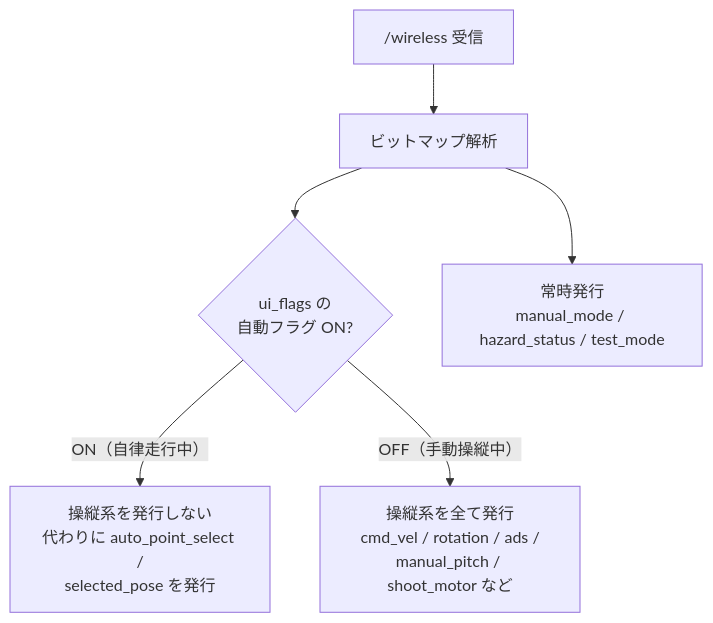
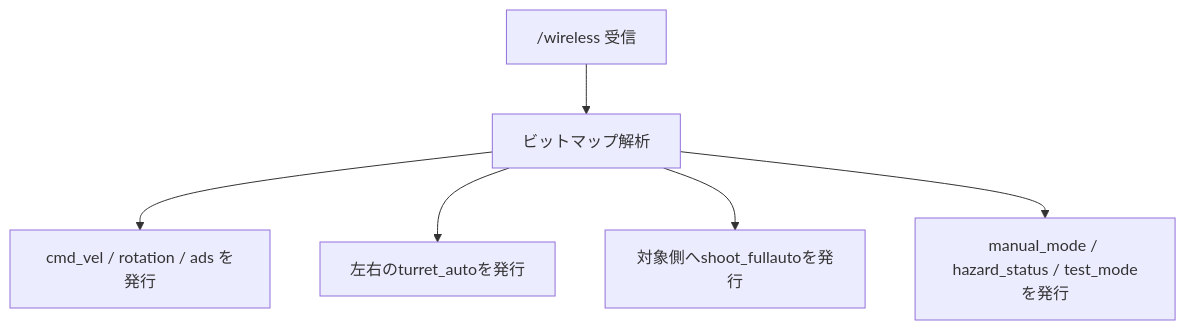
The second of 2 diagrams in docs/packages/core_ros_player_controller/index.md (team-continue/core2026), drawn with Mermaid before and after one commit. The commit also changed other lines of this file and 1 other file, not shown here.

````diff
--- a/docs/packages/core_ros_player_controller/index.md
+++ b/docs/packages/core_ros_player_controller/index.md
@@ -30,8 +26,8 @@
 ```mermaid
 flowchart TD
     A["/wireless 受信"] --> B["ビットマップ解析"]
-    B --> C{"ui_flags の<br/>自動フラグ ON?"}
-    C -->|"ON（自律走行中）"| D["操縦系を発行しない<br/>代わりに auto_point_select /<br/>selected_pose を発行"]
-    C -->|"OFF（手動操縦中）"| E["操縦系を全て発行<br/>cmd_vel / rotation / ads /<br/>manual_pitch / shoot_motor など"]
-    B --> F["常時発行<br/>manual_mode / hazard_status / test_mode"]
+    B --> C["cmd_vel / rotation / ads を発行"]
+    B --> D["左右のturret_autoを発行"]
+    B --> E["対象側へshoot_fullautoを発行"]
+    B --> F["manual_mode / hazard_status / test_modeを発行"]
 ```
````
